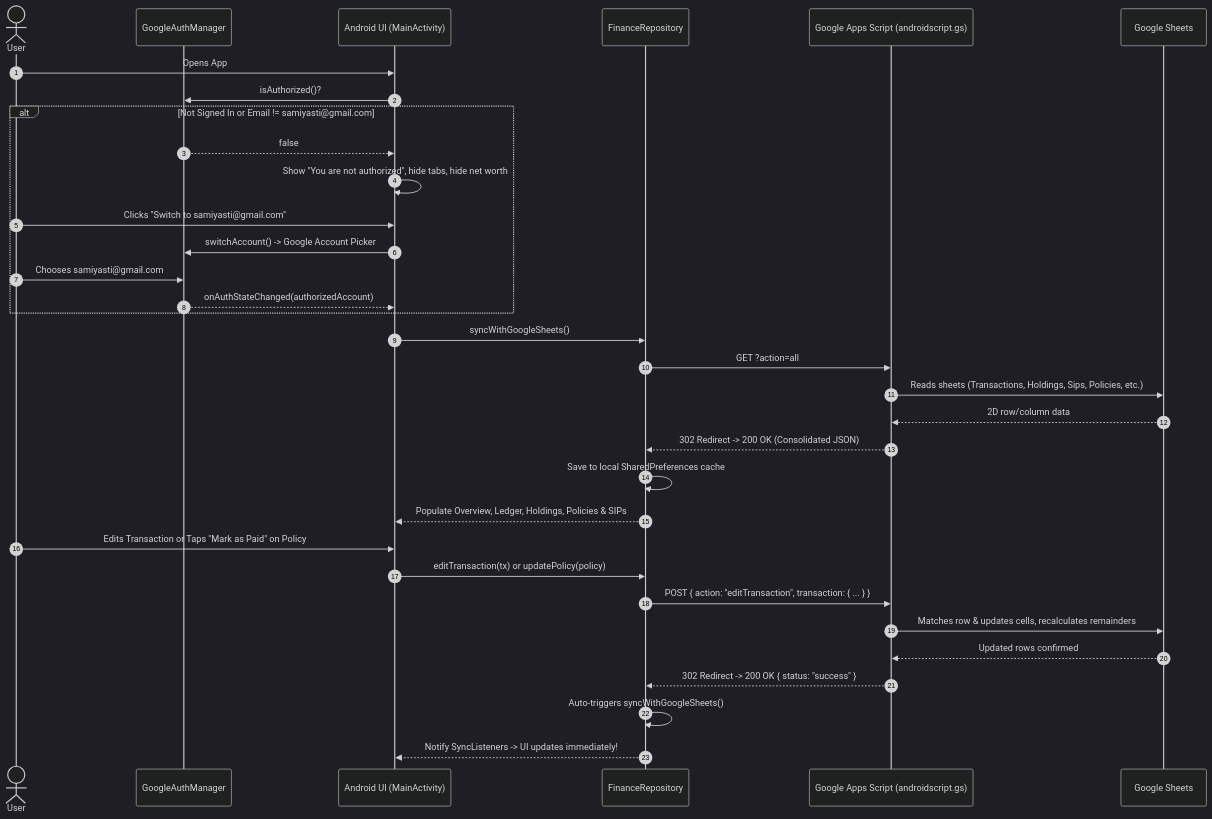
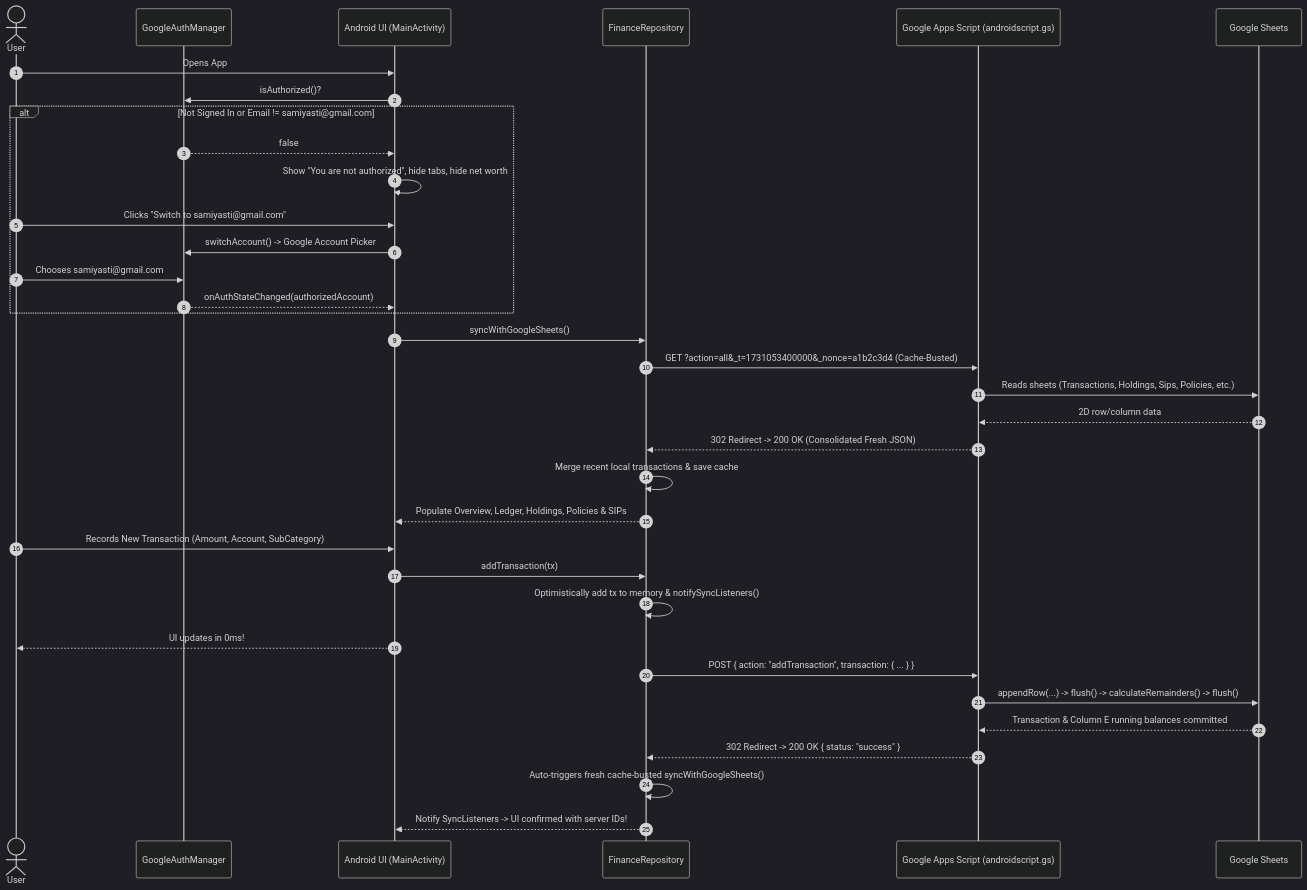
Before and after one commit to sayan05052000/Finance-Manager: the second of 3 diagrams in README.md, drawn with Mermaid (dark theme). The commit also changed other lines of this file and 2 other files, not shown here.

````diff
--- a/README.md
+++ b/README.md
@@ -365,38 +409,40 @@
 ```mermaid
 sequenceDiagram
     autonumber
     actor User as User
     participant Auth as GoogleAuthManager
     participant App as Android UI (MainActivity)
     participant Repo as FinanceRepository
     participant GAS as Google Apps Script (androidscript.gs)
     participant GSheet as Google Sheets
 
     User->>App: Opens App
     App->>Auth: isAuthorized()?
     alt Not Signed In or Email != samiyasti@gmail.com
         Auth-->>App: false
         App->>App: Show "You are not authorized", hide tabs, hide net worth
         User->>App: Clicks "Switch to samiyasti@gmail.com"
         App->>Auth: switchAccount() -> Google Account Picker
         User->>Auth: Chooses samiyasti@gmail.com
         Auth-->>App: onAuthStateChanged(authorizedAccount)
     end
 
     App->>Repo: syncWithGoogleSheets()
-    Repo->>GAS: GET ?action=all
+    Repo->>GAS: GET ?action=all&_t=1731053400000&_nonce=a1b2c3d4 (Cache-Busted)
     GAS->>GSheet: Reads sheets (Transactions, Holdings, Sips, Policies, etc.)
     GSheet-->>GAS: 2D row/column data
-    GAS-->>Repo: 302 Redirect -> 200 OK (Consolidated JSON)
-    Repo->>Repo: Save to local SharedPreferences cache
+    GAS-->>Repo: 302 Redirect -> 200 OK (Consolidated Fresh JSON)
+    Repo->>Repo: Merge recent local transactions & save cache
     Repo-->>App: Populate Overview, Ledger, Holdings, Policies & SIPs
 
-    User->>App: Edits Transaction or Taps "Mark as Paid" on Policy
-    App->>Repo: editTransaction(tx) or updatePolicy(policy)
-    Repo->>GAS: POST { action: "editTransaction", transaction: { ... } }
-    GAS->>GSheet: Matches row & updates cells, recalculates remainders
-    GSheet-->>GAS: Updated rows confirmed
+    User->>App: Records New Transaction (Amount, Account, SubCategory)
+    App->>Repo: addTransaction(tx)
+    Repo->>Repo: Optimistically add tx to memory & notifySyncListeners()
+    App-->>User: UI updates in 0ms!
+    Repo->>GAS: POST { action: "addTransaction", transaction: { ... } }
+    GAS->>GSheet: appendRow(...) -> flush() -> calculateRemainders() -> flush()
+    GSheet-->>GAS: Transaction & Column E running balances committed
     GAS-->>Repo: 302 Redirect -> 200 OK { status: "success" }
-    Repo->>Repo: Auto-triggers syncWithGoogleSheets()
-    Repo-->>App: Notify SyncListeners -> UI updates immediately!
+    Repo->>Repo: Auto-triggers fresh cache-busted syncWithGoogleSheets()
+    Repo-->>App: Notify SyncListeners -> UI confirmed with server IDs!
 ```
````
